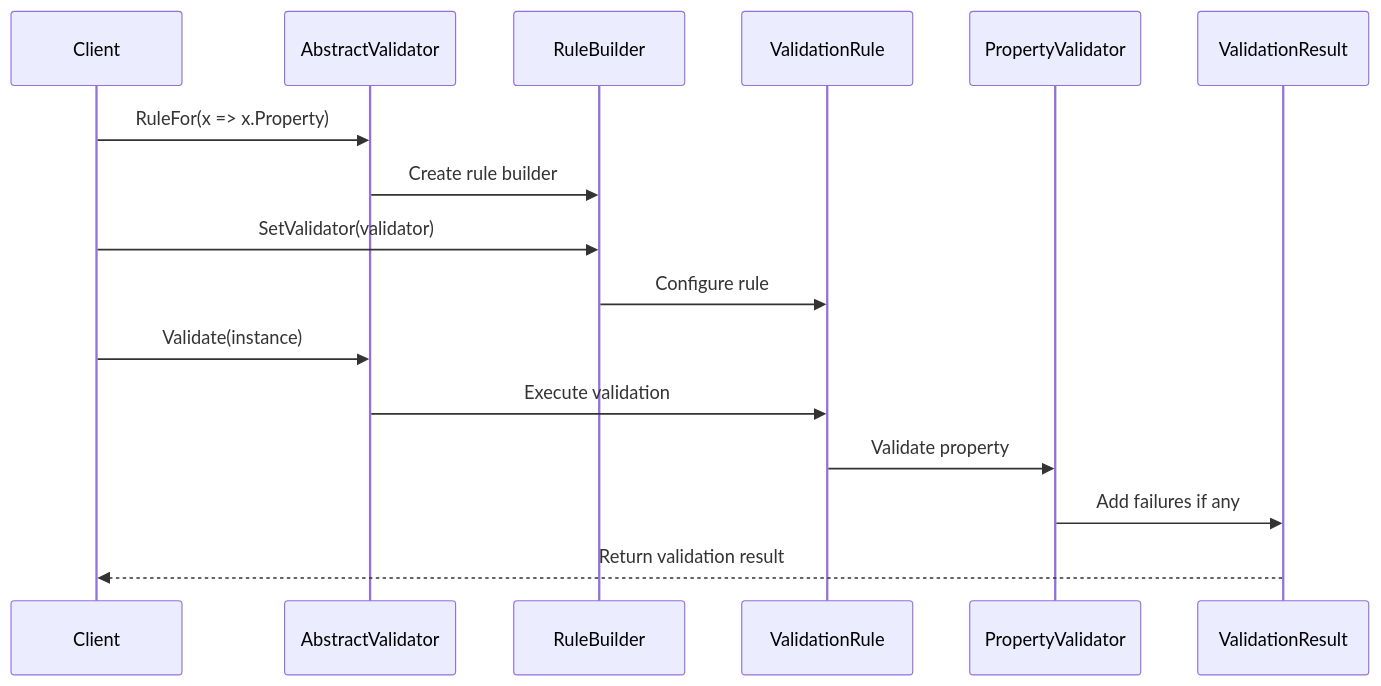
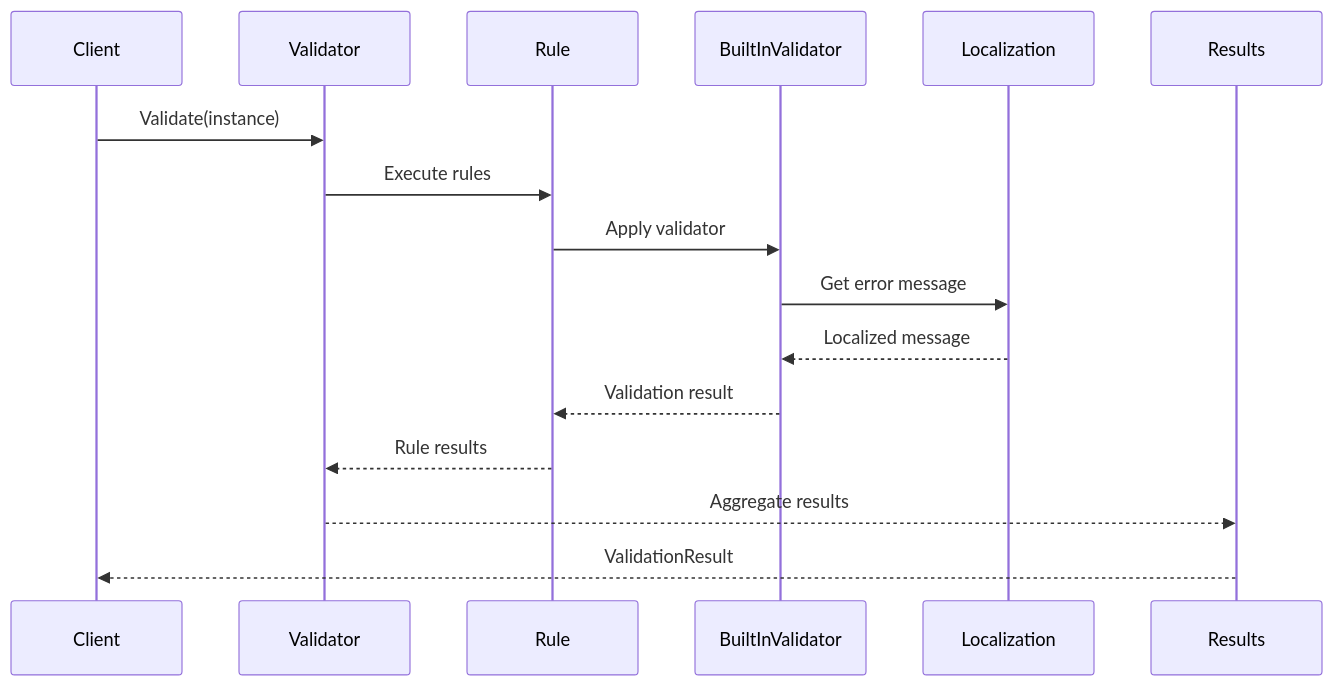
One commit to FSoft-AI4Code/codewiki-demo changed the second of 2 diagrams in docs/FluentValidation--FluentValidation-docs/overview.md. Above: the diagram before and after it, drawn with Mermaid. The commit also changed other lines of this file and 1103 other files, not shown here.

````diff
--- a/docs/FluentValidation--FluentValidation-docs/overview.md
+++ b/docs/FluentValidation--FluentValidation-docs/overview.md
@@ -113,19 +122,19 @@
 ```mermaid
 sequenceDiagram
     participant Client
-    participant AbstractValidator
-    participant RuleBuilder
-    participant ValidationRule
-    participant PropertyValidator
-    participant ValidationResult
+    participant Validator
+    participant Rule
+    participant BuiltInValidator
+    participant Localization
+    participant Results
     
-    Client->>AbstractValidator: RuleFor(x => x.Property)
-    AbstractValidator->>RuleBuilder: Create rule builder
-    Client->>RuleBuilder: SetValidator(validator)
-    RuleBuilder->>ValidationRule: Configure rule
-    Client->>AbstractValidator: Validate(instance)
-    AbstractValidator->>ValidationRule: Execute validation
-    ValidationRule->>PropertyValidator: Validate property
-    PropertyValidator->>ValidationResult: Add failures if any
-    ValidationResult-->>Client: Return validation result
+    Client->>Validator: Validate(instance)
+    Validator->>Rule: Execute rules
+    Rule->>BuiltInValidator: Apply validator
+    BuiltInValidator->>Localization: Get error message
+    Localization-->>BuiltInValidator: Localized message
+    BuiltInValidator-->>Rule: Validation result
+    Rule-->>Validator: Rule results
+    Validator-->>Results: Aggregate results
+    Results-->>Client: ValidationResult
 ```
````
